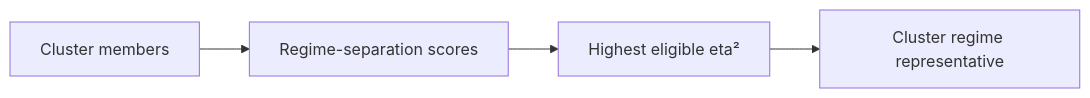
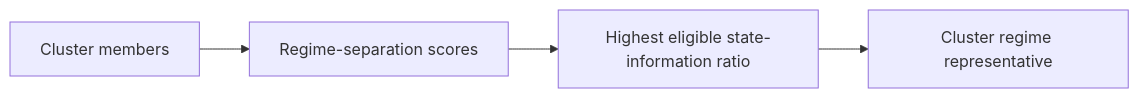
One commit to SergejSchweizer/regime-engine changed the tenth of 17 diagrams in EVALUATION.md. Above: the diagram before and after it, drawn with Mermaid. The commit also changed other lines of this file and 4 other files, not shown here.

````diff
--- a/EVALUATION.md
+++ b/EVALUATION.md
@@ -535,6 +690,6 @@
 ```mermaid
 flowchart LR
     A[Cluster members] --> B[Regime-separation scores]
-    B --> C[Highest eligible eta²]
+    B --> C[Highest eligible state-information ratio]
     C --> D[Cluster regime representative]
 ```
````
